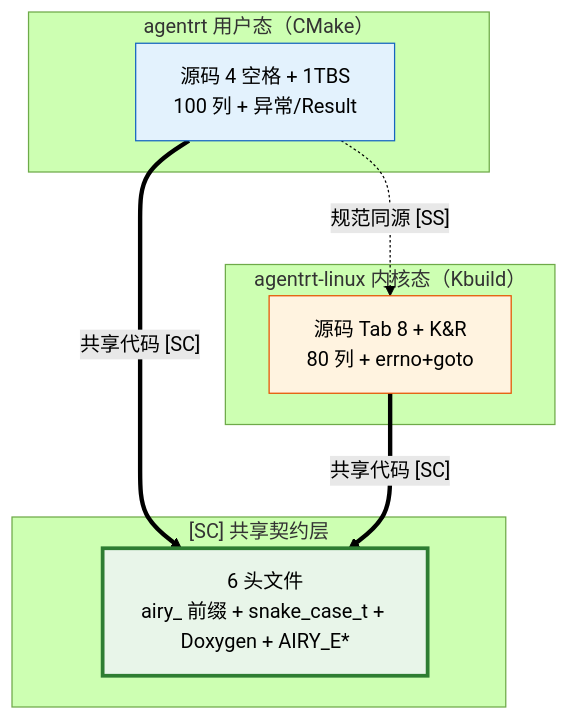
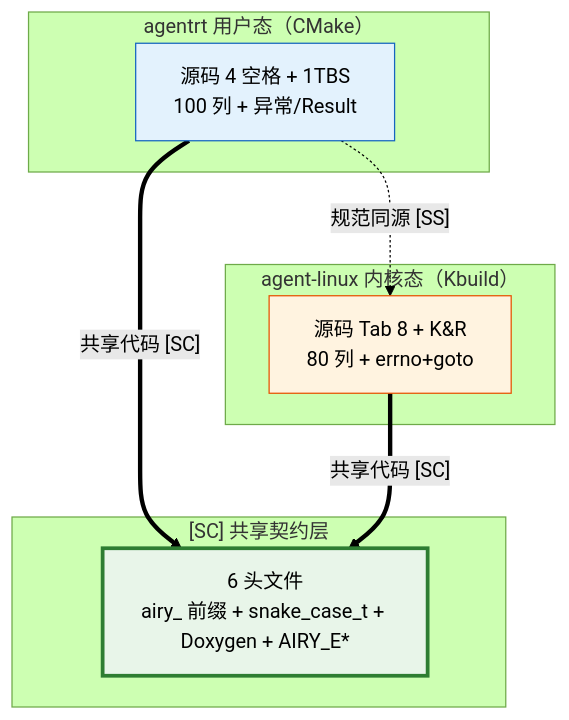
Before and after one commit to openairymax/docs-linux: the diagram in 30-interfaces/04-coding-standard.md, drawn with Mermaid (forest theme). The commit also changed other lines of this file and 172 other files, not shown here.

Commit message:
docs: rename agentrt-linux to agent-linux across docs v0.1.3 双工程结构：agentrt-linux 改名 agent-linux。docs 全仓 186 个 文件中的 agentrt-linux 引用统一为 agent-linux（AirymaxOS 工程名/ URL/路径引用；commit hash 与历史不变）。

````diff
--- a/30-interfaces/04-coding-standard.md
+++ b/30-interfaces/04-coding-standard.md
@@ -532,22 +532,22 @@
 ```mermaid
 graph TB
     subgraph "agentrt 用户态（CMake）"
         RT_CODE[源码 4 空格 + 1TBS<br/>100 列 + 异常/Result]
     end
 
-    subgraph "agentrt-linux 内核态（Kbuild）"
+    subgraph "agent-linux 内核态（Kbuild）"
         OS_CODE[源码 Tab 8 + K&R<br/>80 列 + errno+goto]
     end
 
     subgraph "[SC] 共享契约层"
         SC[6 头文件<br/>airy_ 前缀 + snake_case_t + Doxygen + AIRY_E*]
     end
 
     RT_CODE -.->|"规范同源 [SS]"| OS_CODE
     RT_CODE ==>|"共享代码 [SC]"| SC
     OS_CODE ==>|"共享代码 [SC]"| SC
 
     style SC fill:#e8f5e9,stroke:#2e7d32,stroke-width:3px
     style RT_CODE fill:#e3f2fd,stroke:#1565c0
     style OS_CODE fill:#fff3e0,stroke:#e65100
 ```
````
